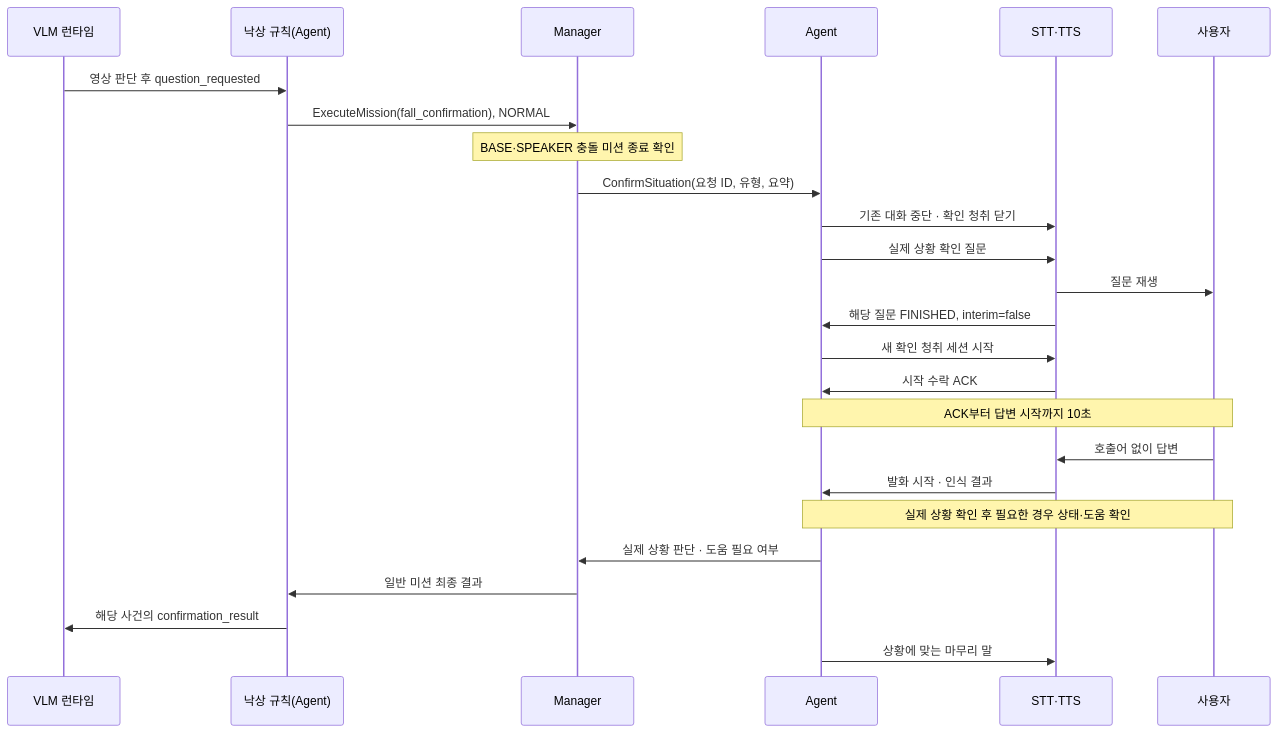
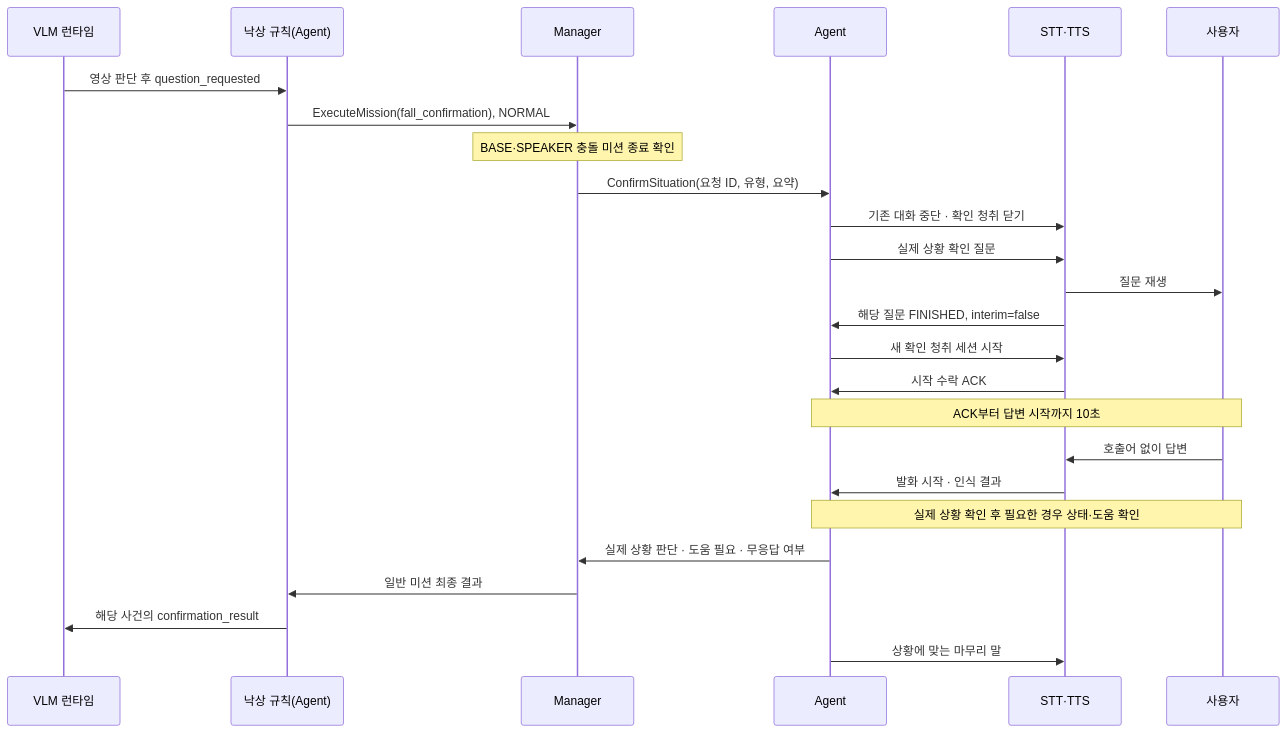
The diagram in malbut_test/malbut_agent_server/docs/fall/agent_fall_implementation.md (SWM-malbut/malbut), drawn with Mermaid before and after one commit. The commit also changed other lines of this file and 47 other files, not shown here.

````diff
--- a/malbut_test/malbut_agent_server/docs/fall/agent_fall_implementation.md
+++ b/malbut_test/malbut_agent_server/docs/fall/agent_fall_implementation.md
@@ -24,27 +24,27 @@
 ```mermaid
 sequenceDiagram
     participant V as VLM 런타임
     participant F as 낙상 규칙(Agent)
     participant M as Manager
     participant A as Agent
     participant S as STT·TTS
     participant U as 사용자
     V->>F: 영상 판단 후 question_requested
     F->>M: ExecuteMission(fall_confirmation), NORMAL
     Note over M: BASE·SPEAKER 충돌 미션 종료 확인
     M->>A: ConfirmSituation(요청 ID, 유형, 요약)
     A->>S: 기존 대화 중단 · 확인 청취 닫기
     A->>S: 실제 상황 확인 질문
     S->>U: 질문 재생
     S->>A: 해당 질문 FINISHED, interim=false
     A->>S: 새 확인 청취 세션 시작
     S->>A: 시작 수락 ACK
     Note over A,U: ACK부터 답변 시작까지 10초
     U->>S: 호출어 없이 답변
     S->>A: 발화 시작 · 인식 결과
     Note over A,U: 실제 상황 확인 후 필요한 경우 상태·도움 확인
-    A->>M: 실제 상황 판단 · 도움 필요 여부
+    A->>M: 실제 상황 판단 · 도움 필요 · 무응답 여부
     M->>F: 일반 미션 최종 결과
     F->>V: 해당 사건의 confirmation_result
     A->>S: 상황에 맞는 마무리 말
 ```
````
